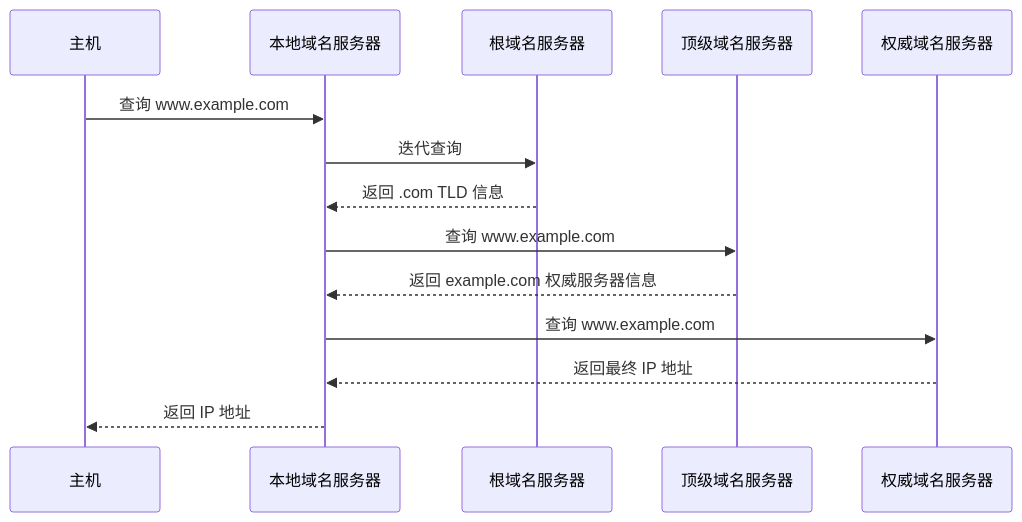
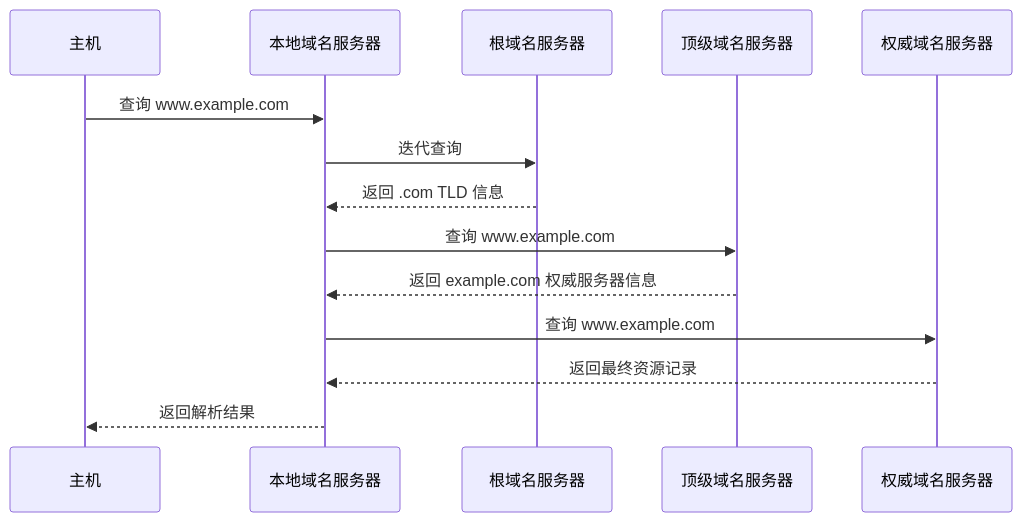
Before and after one commit to ActiveInsighter/fumadocs-study: the first of 2 diagrams in content/docs/408/knowledge2/computer_network/06-application-layer/01-model-dns.mdx, drawn with Mermaid. The commit also changed other lines of this file and 85 other files, not shown here.

````diff
--- a/content/docs/408/knowledge2/computer_network/06-application-layer/01-model-dns.mdx
+++ b/content/docs/408/knowledge2/computer_network/06-application-layer/01-model-dns.mdx
@@ -246,17 +265,17 @@
 ```mermaid
 sequenceDiagram
     participant Host as 主机
     participant Local as 本地域名服务器
     participant Root as 根域名服务器
     participant TLD as 顶级域名服务器
     participant Auth as 权威域名服务器
 
     Host->>Local: 查询 www.example.com
     Local->>Root: 迭代查询
     Root-->>Local: 返回 .com TLD 信息
     Local->>TLD: 查询 www.example.com
     TLD-->>Local: 返回 example.com 权威服务器信息
     Local->>Auth: 查询 www.example.com
-    Auth-->>Local: 返回最终 IP 地址
-    Local-->>Host: 返回 IP 地址
+    Auth-->>Local: 返回最终资源记录
+    Local-->>Host: 返回解析结果
 ```
````
